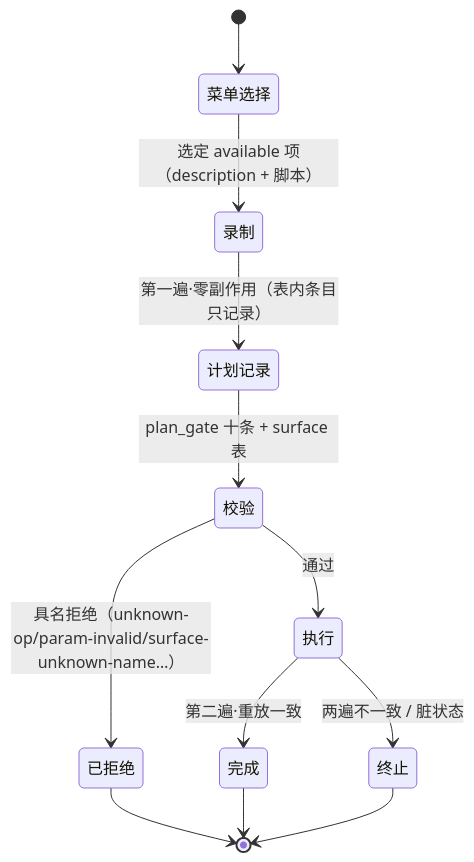
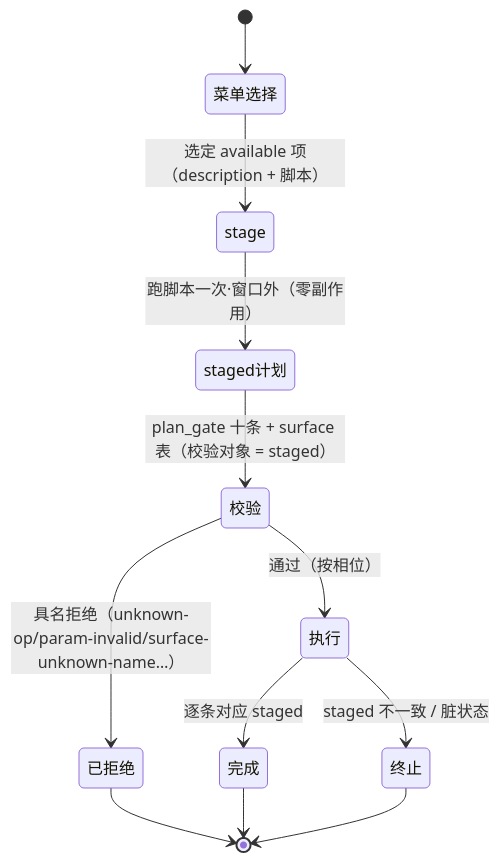
The eighth of 17 diagrams in docs/development/full-process-uml.md (YuKongA/ghostlock-app), drawn with Mermaid before and after one commit. The commit also changed other lines of this file and 1 other file, not shown here.

First line of the commit message:
docs: settle the script surface on fine-grained ops, a chosen syntax and single-pass staging

````diff
--- a/docs/development/full-process-uml.md
+++ b/docs/development/full-process-uml.md
@@ -237,14 +237,14 @@
 ```mermaid
 stateDiagram-v2
   [*] --> 菜单选择
-  菜单选择 --> 录制: 选定 available 项（description + 脚本）
-  录制 --> 计划记录: 第一遍·零副作用（表内条目只记录）
-  计划记录 --> 校验: plan_gate 十条 + surface 表
+  菜单选择 --> stage: 选定 available 项（description + 脚本）
+  stage --> staged计划: 跑脚本一次·窗口外（零副作用）
+  staged计划 --> 校验: plan_gate 十条 + surface 表（校验对象 = staged）
   校验 --> 已拒绝: 具名拒绝（unknown-op/param-invalid/surface-unknown-name…）
-  校验 --> 执行: 通过
-  执行 --> 完成: 第二遍·重放一致
-  执行 --> 终止: 两遍不一致 / 脏状态
+  校验 --> 执行: 通过（按相位）
+  执行 --> 完成: 逐条对应 staged
+  执行 --> 终止: staged 不一致 / 脏状态
   已拒绝 --> [*]
   完成 --> [*]
   终止 --> [*]
 ```
````
